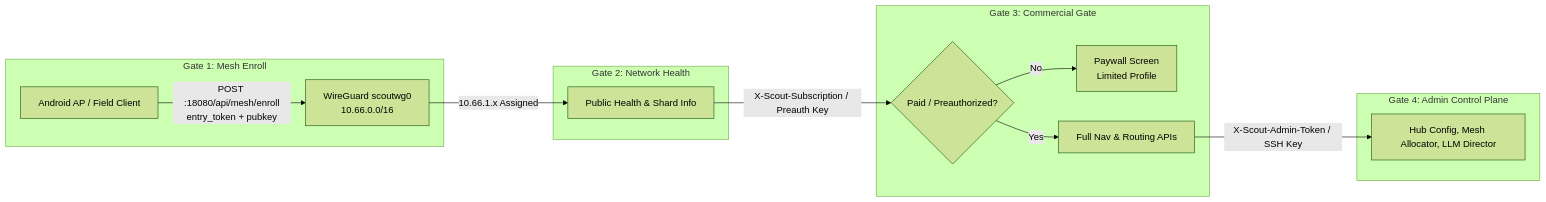
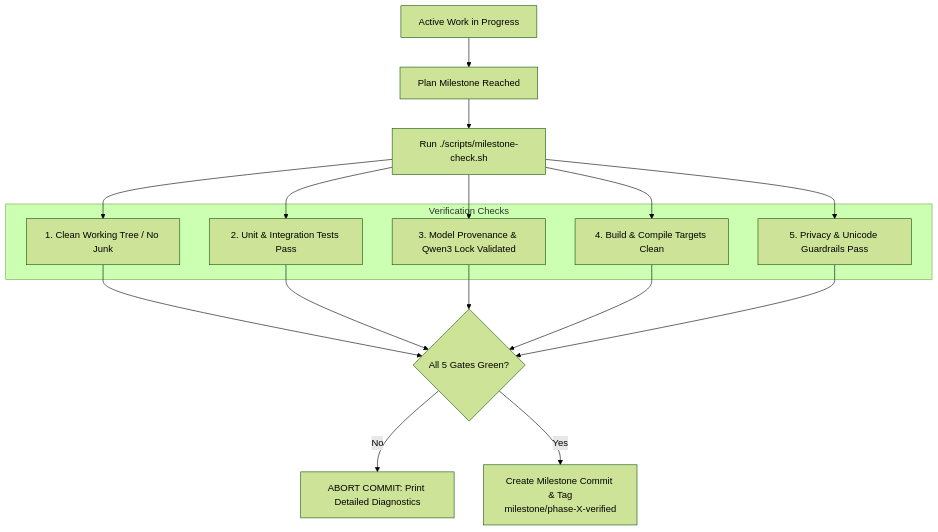
Before and after one commit to scout-hazard-system/secure-mesh-navigation: the second of 2 diagrams in docs/plans/MASTER_PLAN.md, drawn with Mermaid (forest theme). The commit also changed other lines of this file, not shown here.

Commit message:
docs: update unified master plan v2 with live hardware, Dell backend/map deployment, and Wi-Fi PXE roadmap

````diff
--- a/docs/plans/MASTER_PLAN.md
+++ b/docs/plans/MASTER_PLAN.md
@@ -66,20 +189,23 @@
 ```mermaid
-flowchart LR
-    subgraph Gate1 [Gate 1: Mesh Enroll]
-        AP[Android AP / Field Client] -->|POST :18080/api/mesh/enroll\nentry_token + pubkey| WG[WireGuard scoutwg0\n10.66.0.0/16]
+flowchart TD
+    DEV[Active Work in Progress] --> MILESTONE_REQ[Plan Milestone Reached]
+    MILESTONE_REQ --> GATE_SCRIPT[Run ./scripts/milestone-check.sh]
+    
+    subgraph Verification Checks
+        C1[1. Clean Working Tree / No Junk]
+        C2[2. Unit & Integration Tests Pass]
+        C3[3. Model Provenance & Qwen3 Lock Validated]
+        C4[4. Build & Compile Targets Clean]
+        C5[5. Privacy & Unicode Guardrails Pass]
     end
+    
+    GATE_SCRIPT --> C1
+    GATE_SCRIPT --> C2
+    GATE_SCRIPT --> C3
+    GATE_SCRIPT --> C4
+    GATE_SCRIPT --> C5
 
-    subgraph Gate2 [Gate 2: Network Health]
-        WG -->|10.66.1.x Assigned| HEALTH[Public Health & Shard Info]
-    end
-
-    subgraph Gate3 [Gate 3: Commercial Gate]
-        HEALTH -->|X-Scout-Subscription / Preauth Key| SUB_CHECK{Paid / Preauthorized?}
-        SUB_CHECK -->|No| PAYWALL[Paywall Screen\nLimited Profile]
-        SUB_CHECK -->|Yes| NAV_APIS[Full Nav & Routing APIs]
-    end
-
-    subgraph Gate4 [Gate 4: Admin Control Plane]
-        NAV_APIS -->|X-Scout-Admin-Token / SSH Key| ADMIN_PLANE[Hub Config, Mesh Allocator, LLM Director]
-    end
+    C1 & C2 & C3 & C4 & C5 --> ALL_PASS{All 5 Gates Green?}
+    ALL_PASS -->|No| FAIL[ABORT COMMIT: Print Detailed Diagnostics]
+    ALL_PASS -->|Yes| COMMIT[Create Milestone Commit & Tag\nmilestone/phase-X-verified]
 ```
````
